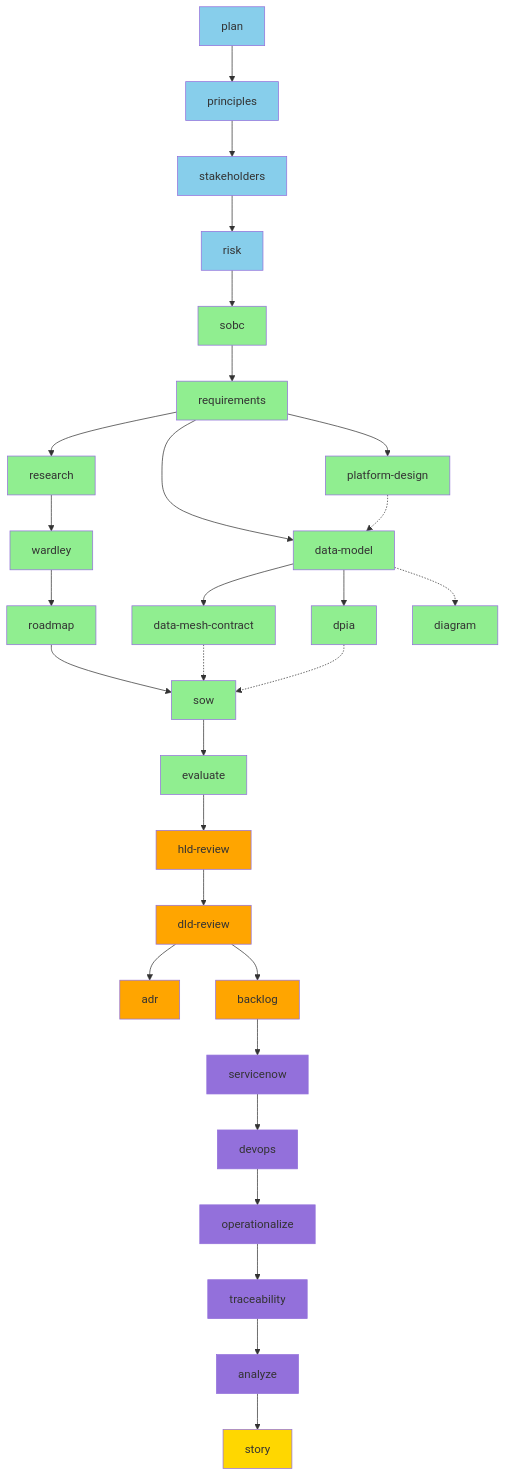
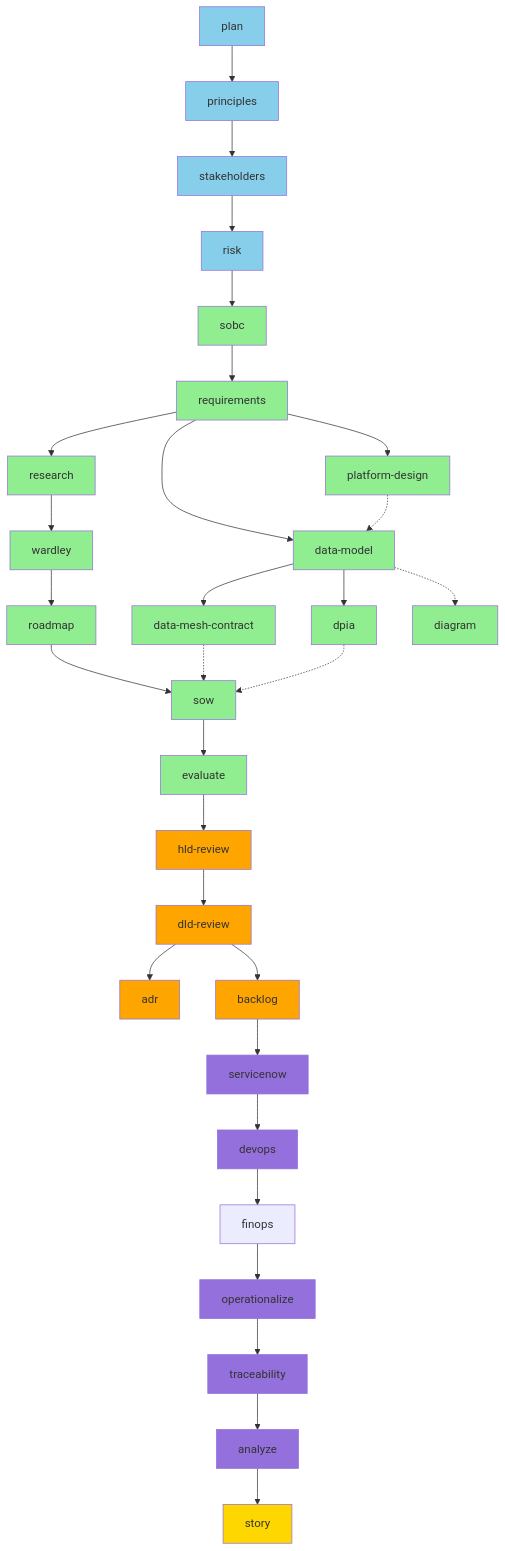
Before and after one commit to tractorjuice/arc-kit: the first of 9 diagrams in WORKFLOW-DIAGRAMS.md, drawn with Mermaid. The commit also changed other lines of this file and 3 other files, not shown here.

````diff
--- a/WORKFLOW-DIAGRAMS.md
+++ b/WORKFLOW-DIAGRAMS.md
@@ -21,73 +21,74 @@
 ```mermaid
 graph TD
     %% Tier 0-1: Foundation
     A[plan] --> B[principles]
     B --> C[stakeholders]
     C --> D[risk]
 
     %% Tier 2-3: Business Case & Requirements
     D --> E[sobc]
     E --> F[requirements]
 
     %% Tier 4: Strategy & Design
     F --> G[platform-design]
     F --> H[data-model]
     G -.-> H
     H --> I[data-mesh-contract]
     H --> J[dpia]
     F --> K[research]
     K --> L[wardley]
     L --> M[roadmap]
     H -.-> N[diagram]
 
     %% Tier 5: Procurement
     M --> O[sow]
     I -.-> O
     J -.-> O
     O --> P[evaluate]
 
     %% Tier 6: Design Reviews
     P --> Q[hld-review]
     Q --> R[dld-review]
     R --> S[adr]
 
     %% Tier 7: Implementation
     R --> T[backlog]
 
     %% Tier 8-9: Operations & Quality
     T --> U[servicenow]
     U --> U1[devops]
-    U1 --> U2[operationalize]
+    U1 --> U1a[finops]
+    U1a --> U2[operationalize]
     U2 --> V[traceability]
     V --> W[analyze]
 
     %% Tier 11: Reporting
     W --> X[story]
 
     style A fill:#87CEEB
     style B fill:#87CEEB
     style C fill:#87CEEB
     style D fill:#87CEEB
     style E fill:#90EE90
     style F fill:#90EE90
     style G fill:#90EE90
     style H fill:#90EE90
     style I fill:#90EE90
     style J fill:#90EE90
     style K fill:#90EE90
     style L fill:#90EE90
     style M fill:#90EE90
     style N fill:#90EE90
     style O fill:#90EE90
     style P fill:#90EE90
     style Q fill:#FFA500
     style R fill:#FFA500
     style S fill:#FFA500
     style T fill:#FFA500
     style U fill:#9370DB
     style U1 fill:#9370DB
     style U2 fill:#9370DB
     style V fill:#9370DB
     style W fill:#9370DB
     style X fill:#FFD700
 ```
````
